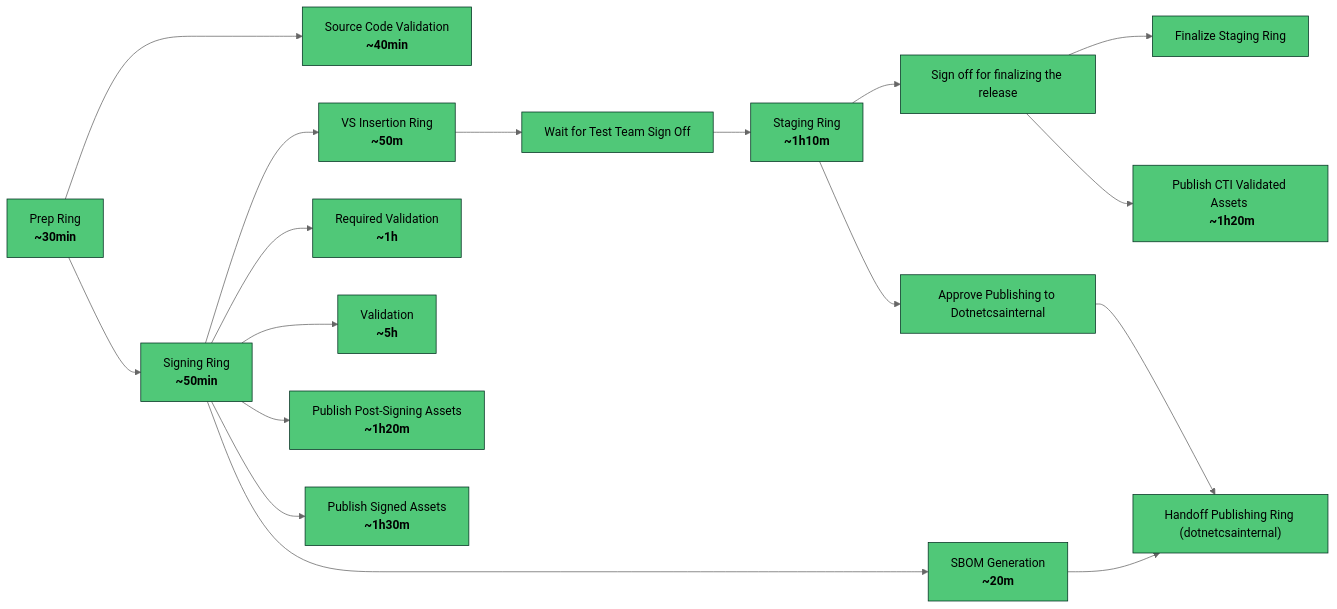
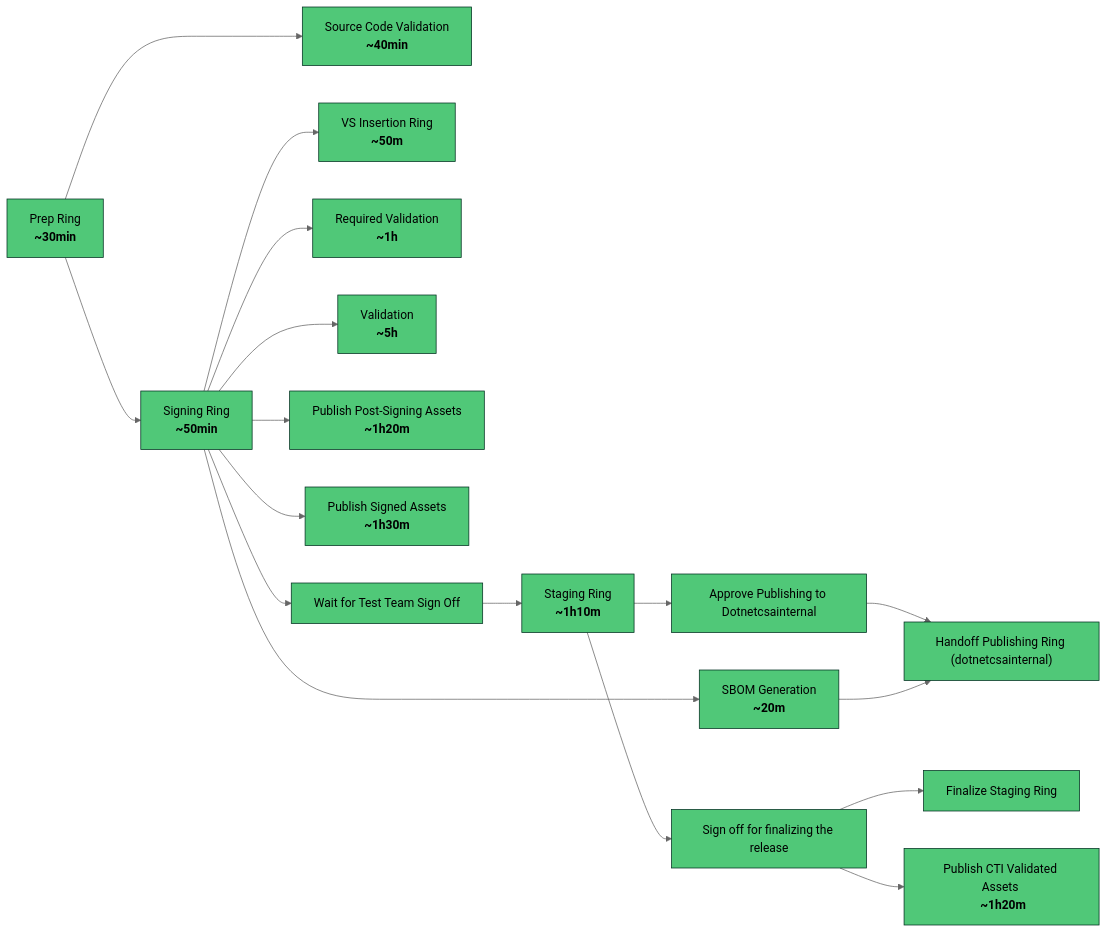
One commit to dotnet/arcade changed the second of 2 diagrams in Documentation/TeamProcess/One-Pagers/bcm-emergency-staging-pipeline-optimizations-12261.md. Above: the diagram before and after it, drawn with Mermaid (neutral theme).

Commit message:
update diagram

````diff
--- a/Documentation/TeamProcess/One-Pagers/bcm-emergency-staging-pipeline-optimizations-12261.md
+++ b/Documentation/TeamProcess/One-Pagers/bcm-emergency-staging-pipeline-optimizations-12261.md
@@ -47,20 +47,20 @@
 ```mermaid
 flowchart LR
   prep["Prep Ring \n <b>~30min</b>"] --> signing["Signing Ring \n <b>~50min</b>"]
   prep ---> source_code_validation["Source Code Validation \n <b>~40min</b>"]
   signing --> vs_insertion["VS Insertion Ring \n <b>~50m</b>"]
   signing --> required_validation["Required Validation \n <b>~1h</b>"]
   signing --> validation["Validation \n <b>~5h</b>"]
   signing --> sbom_generation["SBOM Generation \n <b>~20m</b>"]
   signing --> publishing_v3_signed["Publish Post-Signing Assets \n <b>~1h20m</b>"]
   signing --> post_signing_publishing["Publish Signed Assets \n <b>~1h30m</b>"]
-  vs_insertion --> cti_sign_off[Wait for Test Team Sign Off]
+  signing --> cti_sign_off[Wait for Test Team Sign Off]
   cti_sign_off --> staging["Staging Ring \n <b>~1h10m</b>"]
   staging --> finalize_sign_off[Sign off for finalizing the release]
   finalize_sign_off --> finalize_staging[Finalize Staging Ring]
   finalize_sign_off --> publishing_v3_validated["Publish CTI Validated Assets \n <b>~1h20m</b>"]
   staging --> handoff_sign_off_dotnetcsainternal[Approve Publishing to Dotnetcsainternal]
   handoff_sign_off_dotnetcsainternal --> handoff_publishing_dotnetcsainternal["Handoff Publishing Ring (dotnetcsainternal)"]
   sbom_generation --> handoff_publishing_dotnetcsainternal
   classDef default fill:#50C878, stroke:#023020;
 ```
````
